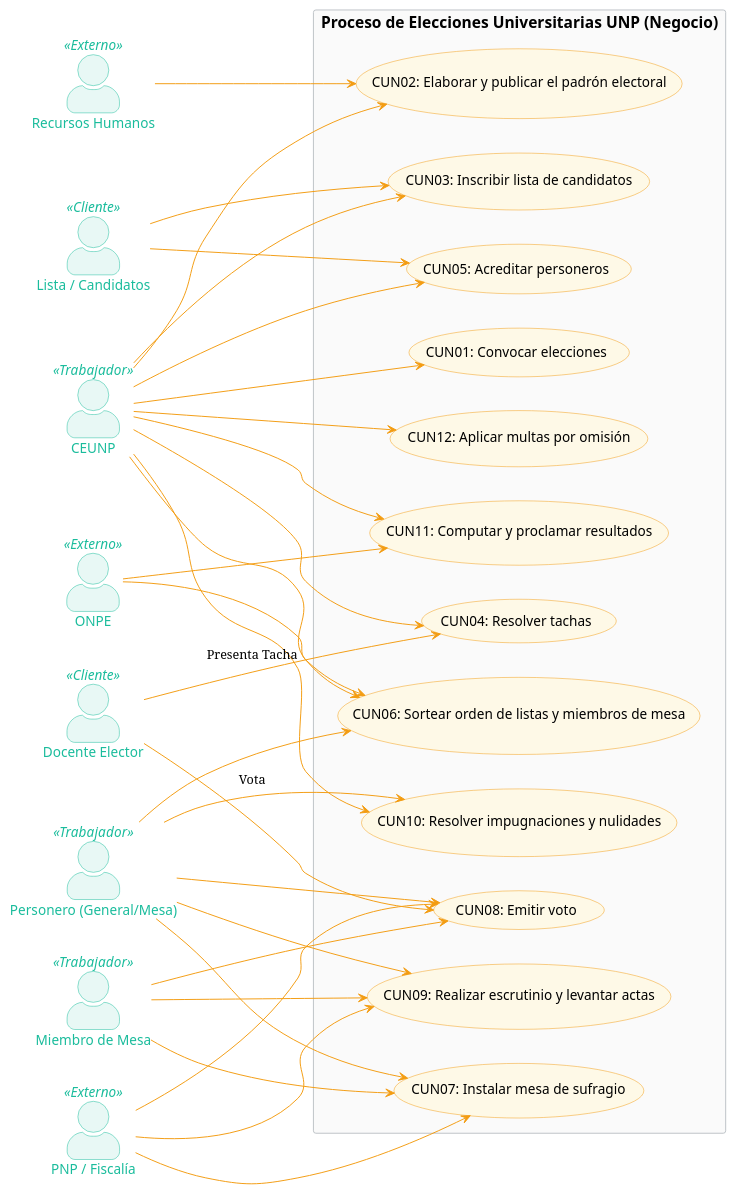
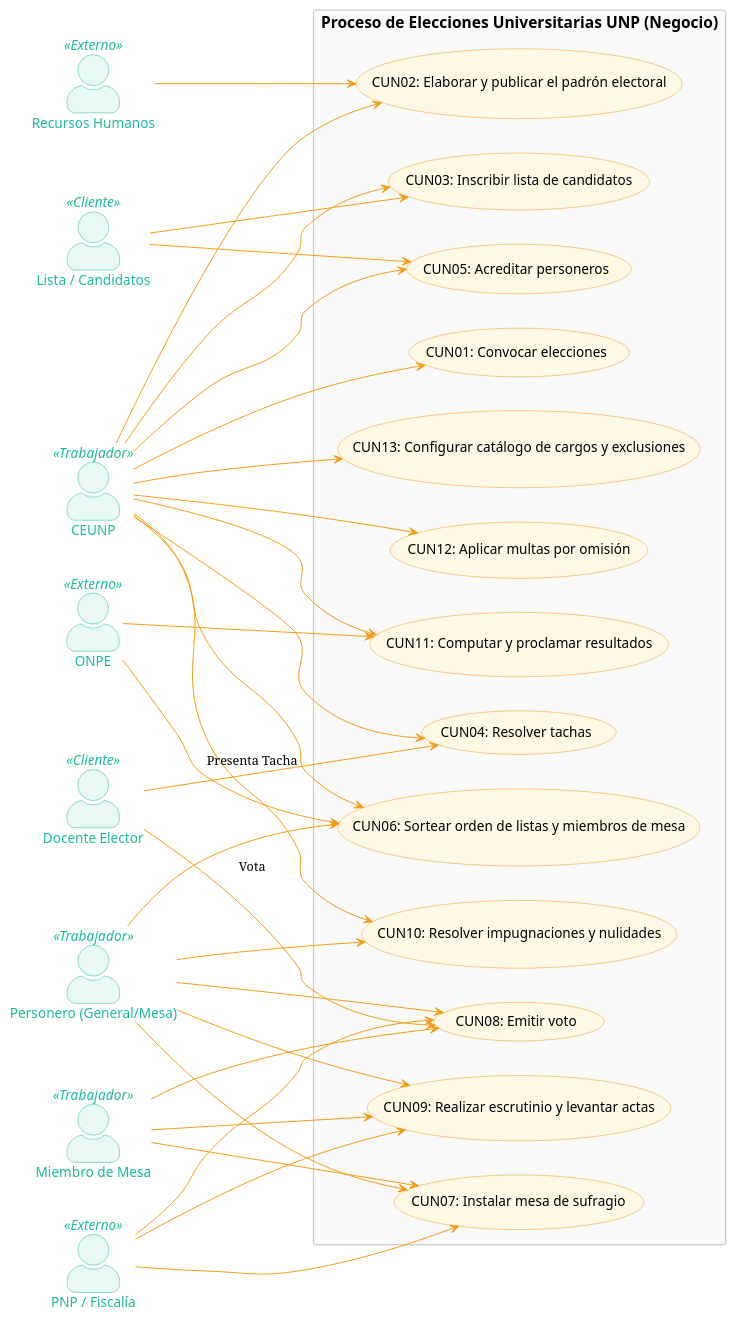
One commit to LeandroUniversitario/sistemaDeVotacionesUnp changed the diagram in diagramas/diagrama_casos_uso_negocio.puml. Above: the diagram before and after it, drawn with PlantUML. The commit also changed 118 other files, not shown here.

Commit message:
feat: Normalizacion de catalogo de cargos y actualizacion de diagramas

```diff
--- a/diagramas/diagrama_casos_uso_negocio.puml
+++ b/diagramas/diagrama_casos_uso_negocio.puml
@@ -1,113 +1,115 @@
 @startuml Diagrama_Casos_Uso_Negocio
 left to right direction
 skinparam actorStyle awesome
 skinparam packageStyle rectangle
 skinparam backgroundcolor transparent
 
 ' Estilos para Casos de Uso del Negocio (CUN)
 ' Se usa un color diferente al del sistema para distinguirlos visualmente
 skinparam usecase {
     BackgroundColor #FEF9E7
     BorderColor #F39C12
     FontName Helvetica
     FontSize 14
     ArrowColor #F39C12
 }
 
 ' Estilos para Actores y Trabajadores del Negocio
 skinparam actor {
     BackgroundColor #E8F8F5
     BorderColor #1ABC9C
     FontName Helvetica
     FontSize 14
     FontColor #1ABC9C
 }
 
 skinparam rectangle {
     BackgroundColor #FAFAFA
     BorderColor #BDC3C7
     FontName Helvetica
     FontSize 16
     FontStyle bold
 }
 
 ' ==========================================
 ' ACTORES Y TRABAJADORES DEL NEGOCIO
 ' ==========================================
 actor "CEUNP" as ceunp <<Trabajador>>
 actor "Docente Elector" as elector <<Cliente>>
 actor "Lista / Candidatos" as lista <<Cliente>>
 actor "Personero (General/Mesa)" as personero <<Trabajador>>
 actor "Miembro de Mesa" as miembro <<Trabajador>>
 
 ' Actores Externos (Instituciones)
 actor "Recursos Humanos" as rrhh <<Externo>>
 actor "ONPE" as onpe <<Externo>>
 actor "PNP / Fiscalía" as pnp <<Externo>>
 
 ' ==========================================
 ' CASOS DE USO DEL NEGOCIO (CUN)
 ' ==========================================
 rectangle "Proceso de Elecciones Universitarias UNP (Negocio)" {
     usecase "CUN01: Convocar elecciones" as CUN01
+    usecase "CUN13: Configurar catálogo de cargos y exclusiones" as CUN13
     usecase "CUN02: Elaborar y publicar el padrón electoral" as CUN02
     usecase "CUN03: Inscribir lista de candidatos" as CUN03
     usecase "CUN04: Resolver tachas" as CUN04
     usecase "CUN05: Acreditar personeros" as CUN05
     usecase "CUN06: Sortear orden de listas y miembros de mesa" as CUN06
     usecase "CUN07: Instalar mesa de sufragio" as CUN07
     usecase "CUN08: Emitir voto" as CUN08
     usecase "CUN09: Realizar escrutinio y levantar actas" as CUN09
     usecase "CUN10: Resolver impugnaciones y nulidades" as CUN10
     usecase "CUN11: Computar y proclamar resultados" as CUN11
     usecase "CUN12: Aplicar multas por omisión" as CUN12
 }
 
 ' ==========================================
 ' RELACIONES
 ' ==========================================
 
 ' CEUNP participa en casi toda la gestión y resolución
 ceunp --> CUN01
+ceunp --> CUN13
 ceunp --> CUN02
 ceunp --> CUN03
 ceunp --> CUN04
 ceunp --> CUN05
 ceunp --> CUN06
 ceunp --> CUN10
 ceunp --> CUN11
 ceunp --> CUN12
 
 ' Recursos Humanos provee datos
 rrhh --> CUN02
 
 ' ONPE asesora
 onpe --> CUN06
 onpe --> CUN11
 
 ' PNP da seguridad
 pnp --> CUN07
 pnp --> CUN08
 pnp --> CUN09
 
 ' Listas y Candidatos
 lista --> CUN03
 
 ' Personeros fiscalizan
 lista --> CUN05
 personero --> CUN06
 personero --> CUN07
 personero --> CUN08
 personero --> CUN09
 personero --> CUN10
 
 ' Docente Elector
 elector --> CUN04 : "Presenta Tacha"
 elector --> CUN08 : "Vota"
 
 ' Miembros de Mesa ejecutan el día de la elección
 miembro --> CUN07
 miembro --> CUN08
 miembro --> CUN09
 
 @enduml
```
